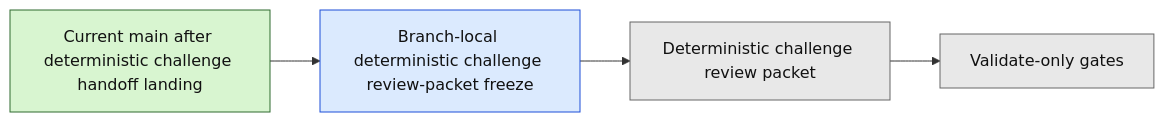
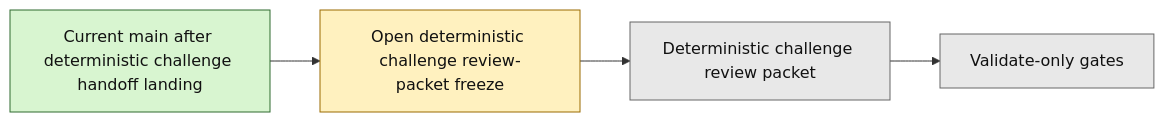
Before and after one commit to benjmcd/project6_REPO_MCP_FOLDER: the second of 2 diagrams in next_milestone_plans/layer3_progress_board.md, drawn with Mermaid. The commit also changed other lines of this file and 9 other files, not shown here.

Commit message:
docs(layer3): sync review-packet freeze pr state

````diff
--- a/next_milestone_plans/layer3_progress_board.md
+++ b/next_milestone_plans/layer3_progress_board.md
@@ -163,14 +163,14 @@
 ```mermaid
 flowchart LR
-    A["Current main after deterministic challenge handoff landing"] --> B["Branch-local deterministic challenge review-packet freeze"]
+    A["Current main after deterministic challenge handoff landing"] --> B["Open deterministic challenge review-packet freeze"]
     B --> C["Deterministic challenge review packet"]
     C --> D["Validate-only gates"]
 
     classDef done fill:#d8f5d0,stroke:#2f6b2f,color:#111;
-    classDef branch fill:#dbeafe,stroke:#1d4ed8,color:#111;
+    classDef open fill:#fff1bf,stroke:#9a6b00,color:#111;
     classDef future fill:#e8e8e8,stroke:#666,color:#111;
 
     class A done;
-    class B branch;
+    class B open;
     class C,D future;
 ```
````
